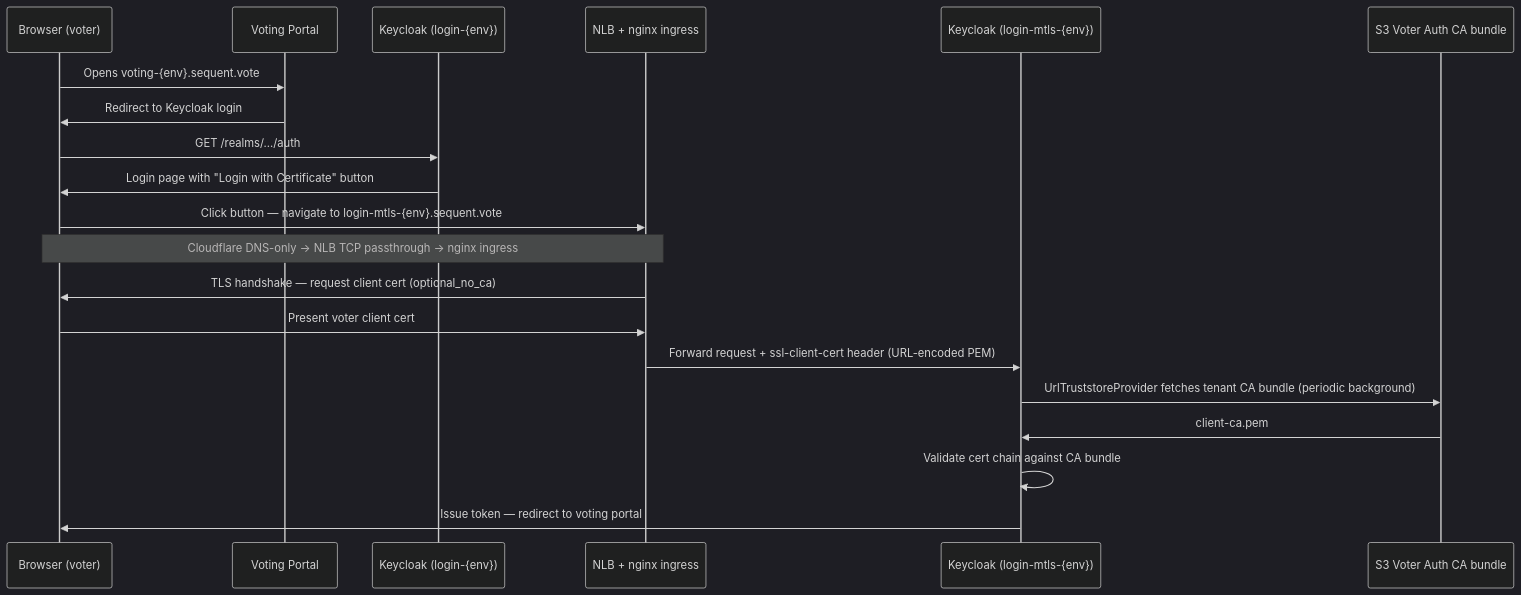
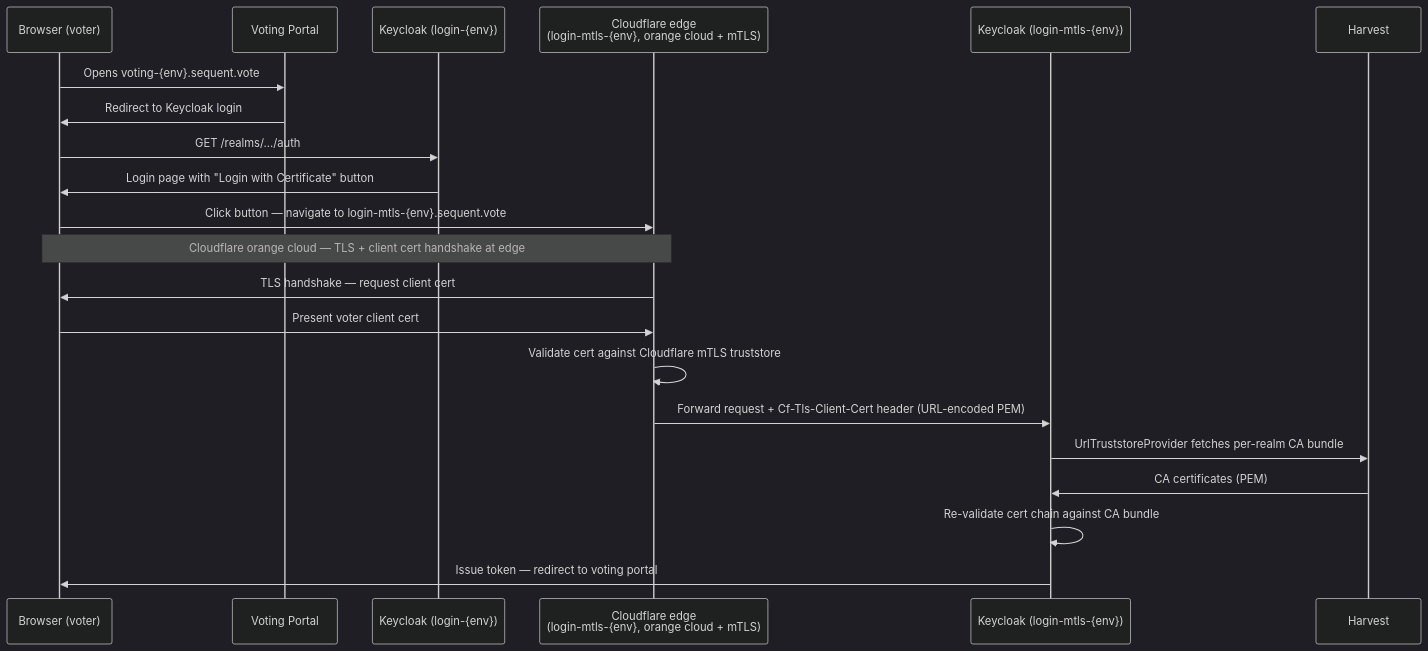
Before and after one commit to sequentech/step: the first of 3 diagrams in docs/docusaurus/docs/07-developers/06-keycloak/x509_client_cert_architecture.md, drawn with Mermaid (dark theme). The commit also changed other lines of this file and 2 other files, not shown here.

````diff
--- a/docs/docusaurus/docs/07-developers/06-keycloak/x509_client_cert_architecture.md
+++ b/docs/docusaurus/docs/07-developers/06-keycloak/x509_client_cert_architecture.md
@@ -45,23 +53,24 @@
 ```mermaid
 sequenceDiagram
     participant B as Browser (voter)
     participant VP as Voting Portal
     participant KC as Keycloak (login-{env})
-    participant NLB as NLB + nginx ingress
+    participant CF as Cloudflare edge<br/>(login-mtls-{env}, orange cloud + mTLS)
     participant KCm as Keycloak (login-mtls-{env})
-    participant S3 as S3 Voter Auth CA bundle
+    participant H as Harvest
 
     B->>VP: Opens voting-{env}.sequent.vote
     VP->>B: Redirect to Keycloak login
     B->>KC: GET /realms/.../auth
     KC->>B: Login page with "Login with Certificate" button
-    B->>NLB: Click button — navigate to login-mtls-{env}.sequent.vote
-    Note over B,NLB: Cloudflare DNS-only → NLB TCP passthrough → nginx ingress
-    NLB->>B: TLS handshake — request client cert (optional_no_ca)
-    B->>NLB: Present voter client cert
-    NLB->>KCm: Forward request + ssl-client-cert header (URL-encoded PEM)
-    KCm->>S3: UrlTruststoreProvider fetches tenant CA bundle (periodic background)
-    S3->>KCm: client-ca.pem
-    KCm->>KCm: Validate cert chain against CA bundle
+    B->>CF: Click button — navigate to login-mtls-{env}.sequent.vote
+    Note over B,CF: Cloudflare orange cloud — TLS + client cert handshake at edge
+    CF->>B: TLS handshake — request client cert
+    B->>CF: Present voter client cert
+    CF->>CF: Validate cert against Cloudflare mTLS truststore
+    CF->>KCm: Forward request + Cf-Tls-Client-Cert header (URL-encoded PEM)
+    KCm->>H: UrlTruststoreProvider fetches per-realm CA bundle
+    H->>KCm: CA certificates (PEM)
+    KCm->>KCm: Re-validate cert chain against CA bundle
     KCm->>B: Issue token — redirect to voting portal
 ```
````
